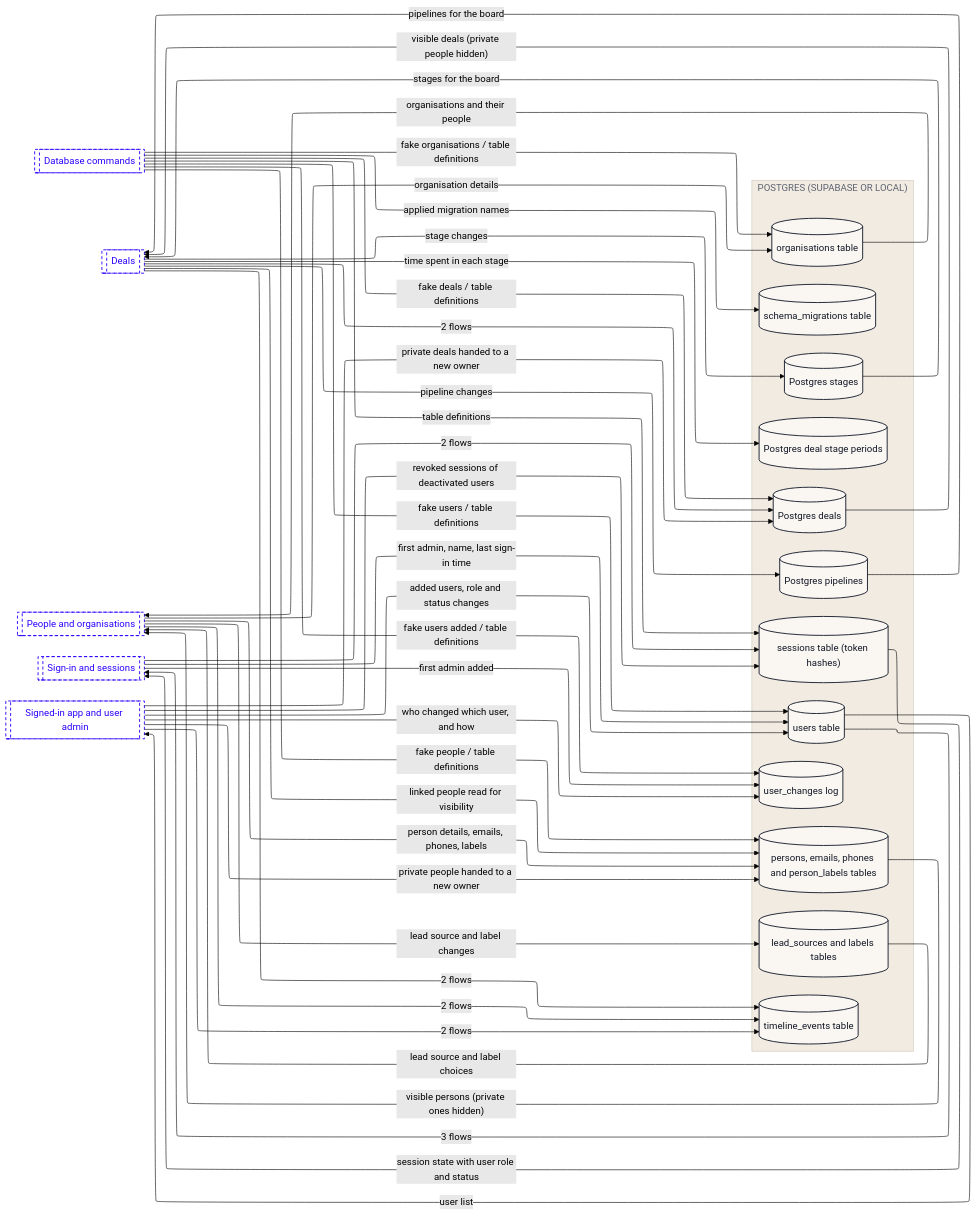
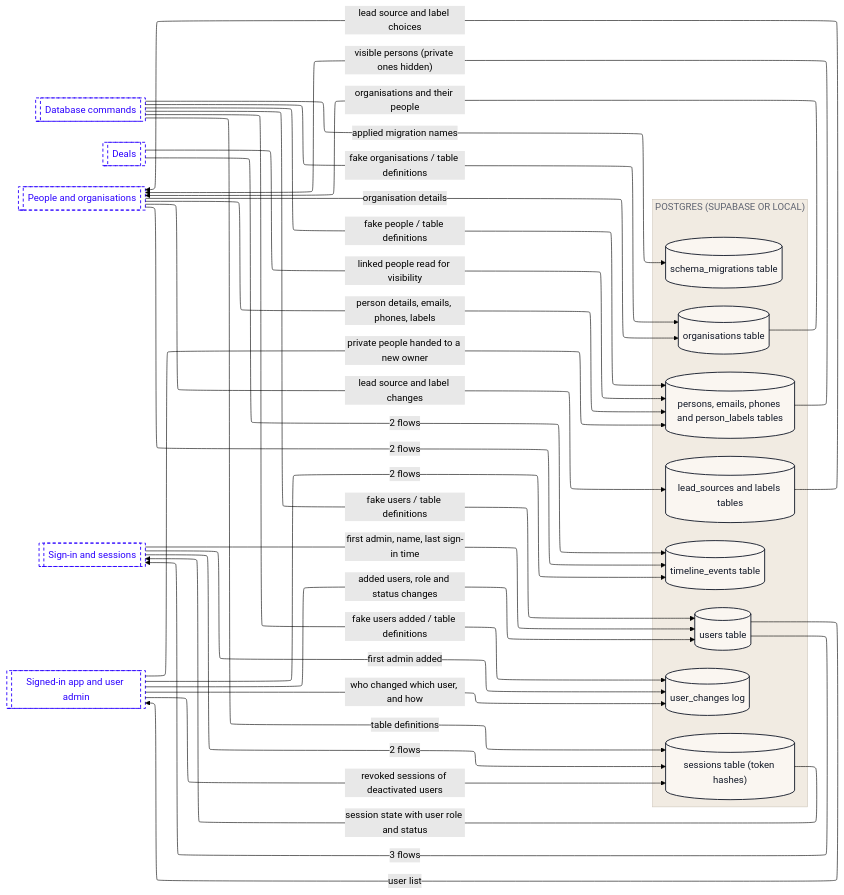
The third of 10 diagrams in dataflow/DATAFLOW.md (Romain-Perche/Barnacle-Pipe), drawn with Mermaid (forest theme) before and after one commit. The commit also changed other lines of this file and 7 other files, not shown here.

````diff
--- a/dataflow/DATAFLOW.md
+++ b/dataflow/DATAFLOW.md
@@ -136,70 +142,57 @@
 ```mermaid
 ---
 config:
   layout: elk
 ---
 flowchart LR
     subgraph z1["POSTGRES (SUPABASE OR LOCAL)"]
         n1[("lead_sources and labels tables")]
-        n2[("Postgres deal stage periods")]
-        n3[("Postgres deals")]
-        n4[("organisations table")]
-        n5[("persons, emails, phones and person_labels tables")]
-        n6[("Postgres pipelines")]
-        n7[("schema_migrations table")]
-        n8[("sessions table (token hashes)")]
-        n9[("Postgres stages")]
-        n10[("timeline_events table")]
-        n11[("user_changes log")]
-        n12[("users table")]
+        n2[("organisations table")]
+        n3[("persons, emails, phones and person_labels tables")]
+        n4[("schema_migrations table")]
+        n5[("sessions table (token hashes)")]
+        n6[("timeline_events table")]
+        n7[("user_changes log")]
+        n8[("users table")]
     end
-    n13[["Database commands"]]
-    n14[["Deals"]]
-    n15[["People and organisations"]]
-    n16[["Sign-in and sessions"]]
-    n17[["Signed-in app and user admin"]]
-    n15 -->|"lead source and label changes"| n1
-    n1 -->|"lead source and label choices"| n15
-    n16 -->|"2 flows"| n8
-    n16 -->|"first admin added"| n11
-    n16 -->|"first admin, name, last sign-in time"| n12
-    n14 -->|"time spent in each stage"| n2
-    n14 -->|"2 flows"| n3
-    n14 -->|"linked people read for visibility"| n5
-    n14 -->|"2 flows"| n10
-    n3 -->|"visible deals (private people hidden)"| n14
-    n13 -->|"fake deals / table definitions"| n3
-    n13 -->|"fake organisations / table definitions"| n4
-    n13 -->|"fake people / table definitions"| n5
-    n13 -->|"applied migration names"| n7
-    n13 -->|"table definitions"| n8
-    n13 -->|"fake users added / table definitions"| n11
-    n13 -->|"fake users / table definitions"| n12
-    n15 -->|"organisation details"| n4
-    n15 -->|"2 flows"| n10
-    n4 -->|"organisations and their people"| n15
-    n15 -->|"person details, emails, phones, labels"| n5
-    n5 -->|"visible persons (private ones hidden)"| n15
-    n14 -->|"pipeline changes"| n6
-    n14 -->|"stage changes"| n9
-    n6 -->|"pipelines for the board"| n14
-    n8 -->|"session state with user role and status"| n16
-    n9 -->|"stages for the board"| n14
-    n17 -->|"private deals handed to a new owner"| n3
-    n17 -->|"private people handed to a new owner"| n5
-    n17 -->|"revoked sessions of deactivated users"| n8
-    n17 -->|"2 flows"| n10
-    n17 -->|"who changed which user, and how"| n11
-    n17 -->|"added users, role and status changes"| n12
-    n12 -->|"3 flows"| n16
-    n12 -->|"user list"| n17
+    n9[["Database commands"]]
+    n10[["Deals"]]
+    n11[["People and organisations"]]
+    n12[["Sign-in and sessions"]]
+    n13[["Signed-in app and user admin"]]
+    n11 -->|"lead source and label changes"| n1
+    n1 -->|"lead source and label choices"| n11
+    n12 -->|"2 flows"| n5
+    n12 -->|"first admin added"| n7
+    n12 -->|"first admin, name, last sign-in time"| n8
+    n10 -->|"linked people read for visibility"| n3
+    n10 -->|"2 flows"| n6
+    n9 -->|"fake organisations / table definitions"| n2
+    n9 -->|"fake people / table definitions"| n3
+    n9 -->|"applied migration names"| n4
+    n9 -->|"table definitions"| n5
+    n9 -->|"fake users added / table definitions"| n7
+    n9 -->|"fake users / table definitions"| n8
+    n11 -->|"organisation details"| n2
+    n11 -->|"2 flows"| n6
+    n2 -->|"organisations and their people"| n11
+    n11 -->|"person details, emails, phones, labels"| n3
+    n3 -->|"visible persons (private ones hidden)"| n11
+    n5 -->|"session state with user role and status"| n12
+    n13 -->|"private people handed to a new owner"| n3
+    n13 -->|"revoked sessions of deactivated users"| n5
+    n13 -->|"2 flows"| n6
+    n13 -->|"who changed which user, and how"| n7
+    n13 -->|"added users, role and status changes"| n8
+    n8 -->|"3 flows"| n12
+    n8 -->|"user list"| n13
     classDef actor fill:#FFFFFF,stroke:#111827,stroke-width:1px,color:#111827
     classDef process fill:#EDEAFF,stroke:#2B00FF,stroke-width:1.5px,color:#111827
     classDef store fill:#FAF6F1,stroke:#111827,stroke-width:1.5px,color:#111827
     classDef zone fill:#1A1A1A,stroke:#1A1A1A,color:#FFFFFF
     classDef group fill:#2B00FF,stroke:#2B00FF,color:#FFFFFF
     classDef stub fill:#FFFFFF,stroke:#2B00FF,stroke-width:1.5px,stroke-dasharray:5 4,color:#2B00FF
-    class n1,n2,n3,n4,n5,n6,n7,n8,n9,n10,n11,n12 store
-    class n13,n14,n15,n16,n17 stub
+    class n1,n2,n3,n4,n5,n6,n7,n8 store
+    class n9,n10,n11,n12,n13 stub
     style z1 fill:#F1EBE2,stroke:#CFC7BB,color:#5D6270
 ```
````
